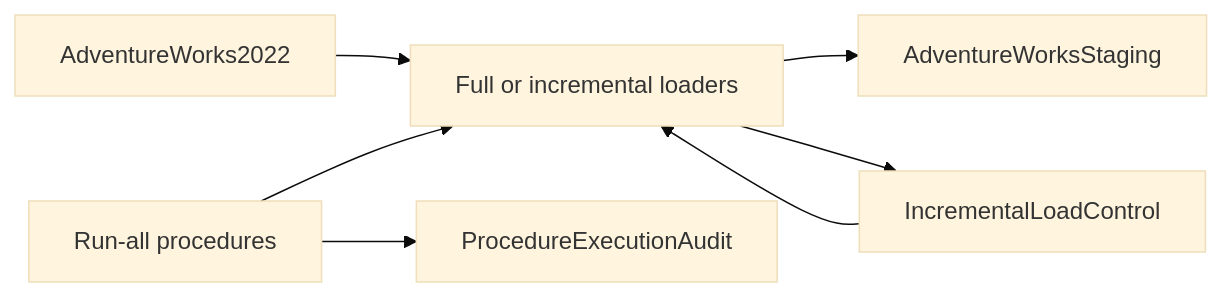
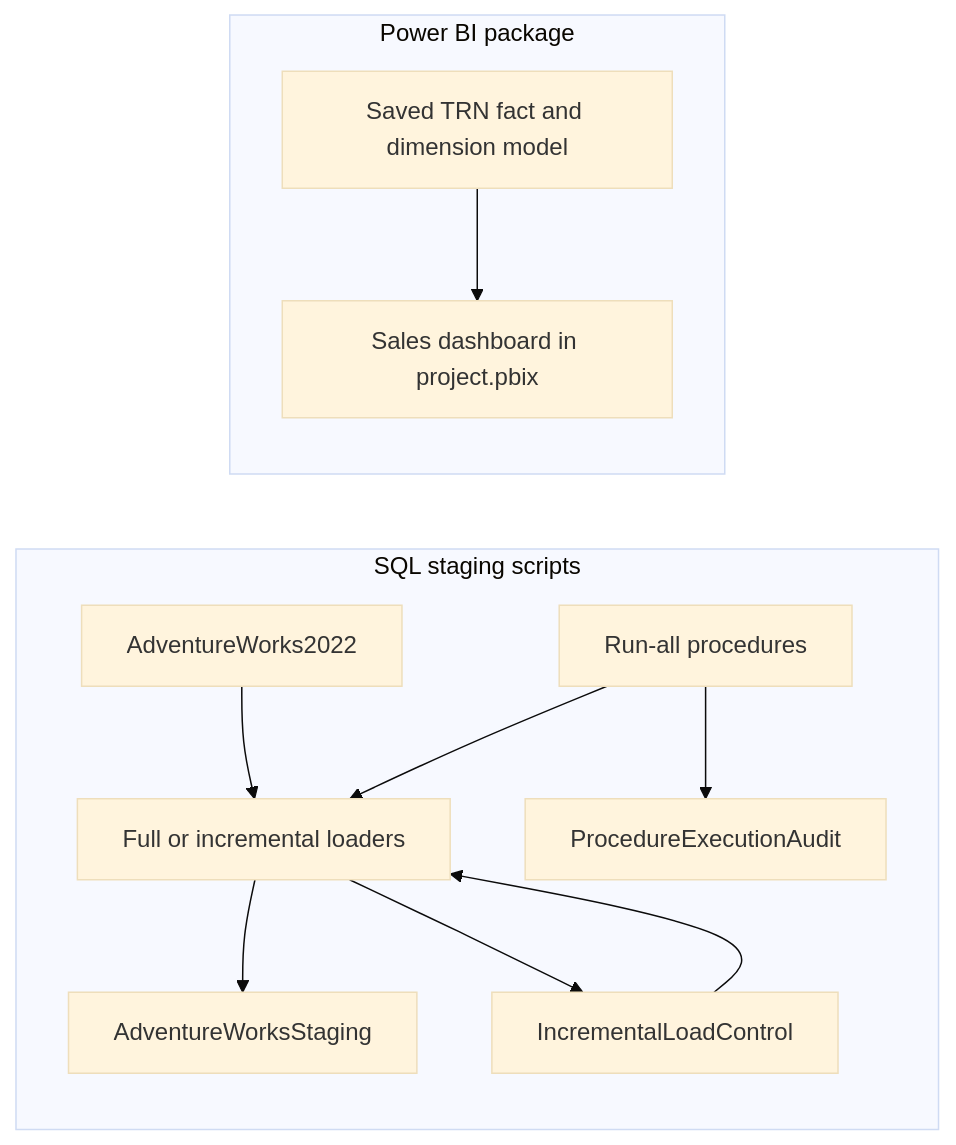
Before and after one commit to HamzaImran356/AdventureWorks-SQL-ETL: the diagram in README.md, drawn with Mermaid (base theme). The commit also changed other lines of this file, not shown here.

Commit message:
Document Power BI sales dashboard and saved data model

````diff
--- a/README.md
+++ b/README.md
@@ -50,9 +112,14 @@
 ```mermaid
 flowchart LR
-    A[AdventureWorks2022] --> B[Full or incremental loaders]
-    B --> C[AdventureWorksStaging]
-    D[IncrementalLoadControl] --> B
-    B --> D
-    E[Run-all procedures] --> B
-    E --> F[ProcedureExecutionAudit]
+    subgraph SQL[SQL staging scripts]
+        A[AdventureWorks2022] --> B[Full or incremental loaders]
+        B --> C[AdventureWorksStaging]
+        D[IncrementalLoadControl] --> B
+        B --> D
+        E[Run-all procedures] --> B
+        E --> F[ProcedureExecutionAudit]
+    end
+    subgraph BI[Power BI package]
+        G[Saved TRN fact and dimension model] --> H[Sales dashboard in project.pbix]
+    end
 ```
````
